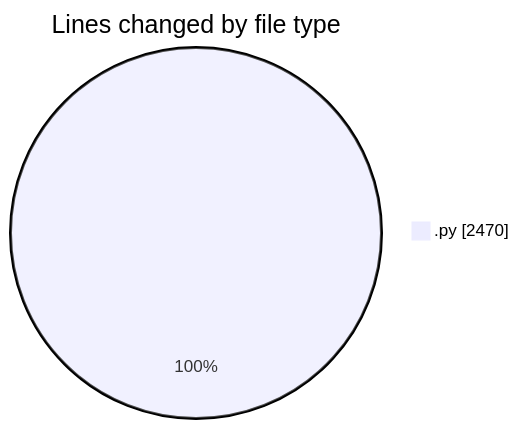
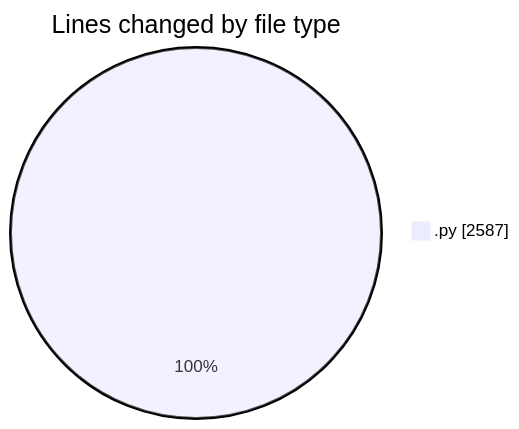
The first of 2 diagrams in 2025-11-21/eventscop-api-guide__workspace_/README.md (julien-gomy/code-tracking), drawn with Mermaid before and after one commit. The commit also changed other lines of this file and 1 other file, not shown here.

````diff
--- a/2025-11-21/eventscop-api-guide__workspace_/README.md
+++ b/2025-11-21/eventscop-api-guide__workspace_/README.md
@@ -30,5 +30,5 @@
 ```mermaid
 pie showData
 title Lines changed by file type
-".py" : 2470
+".py" : 2587
 ```
````
